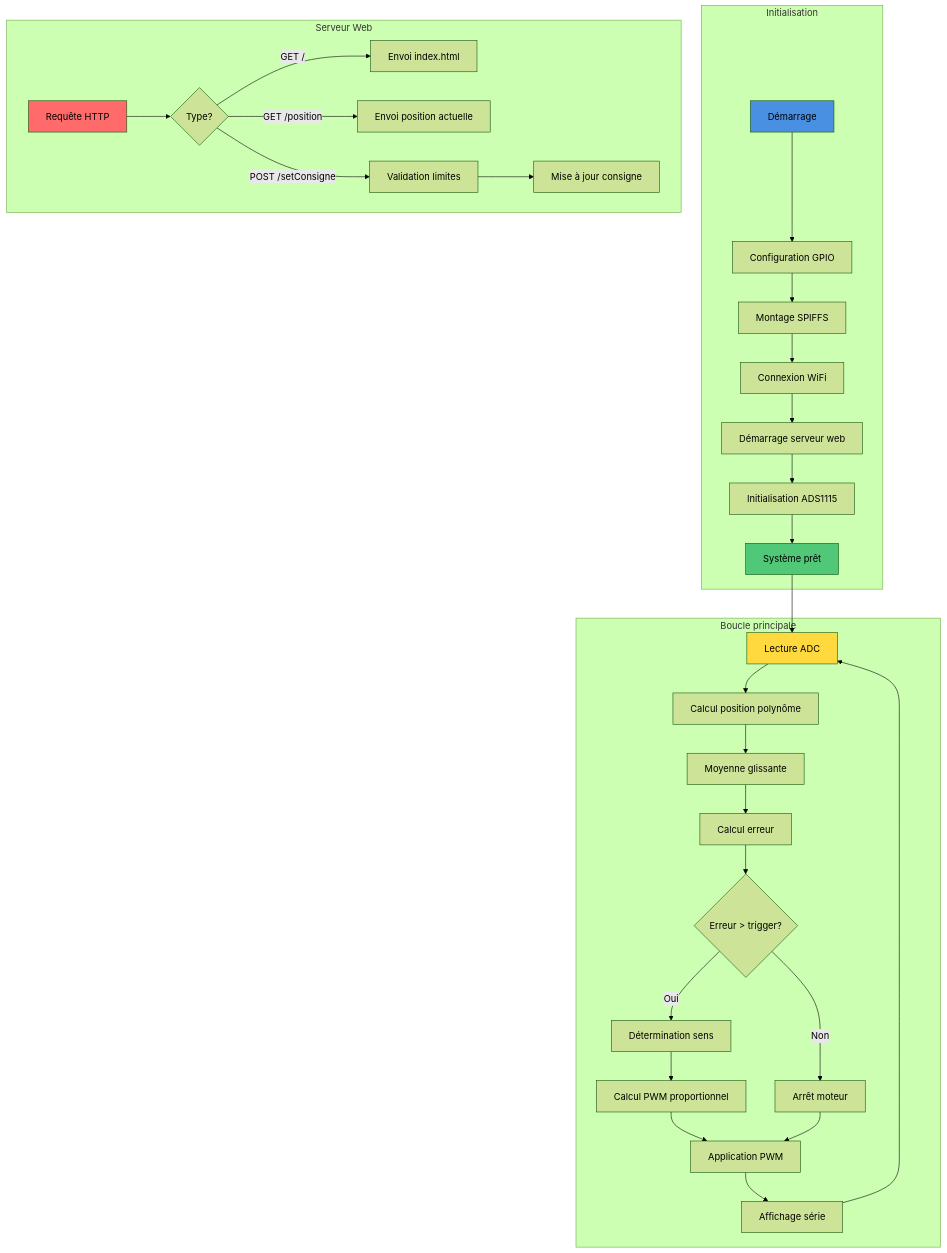
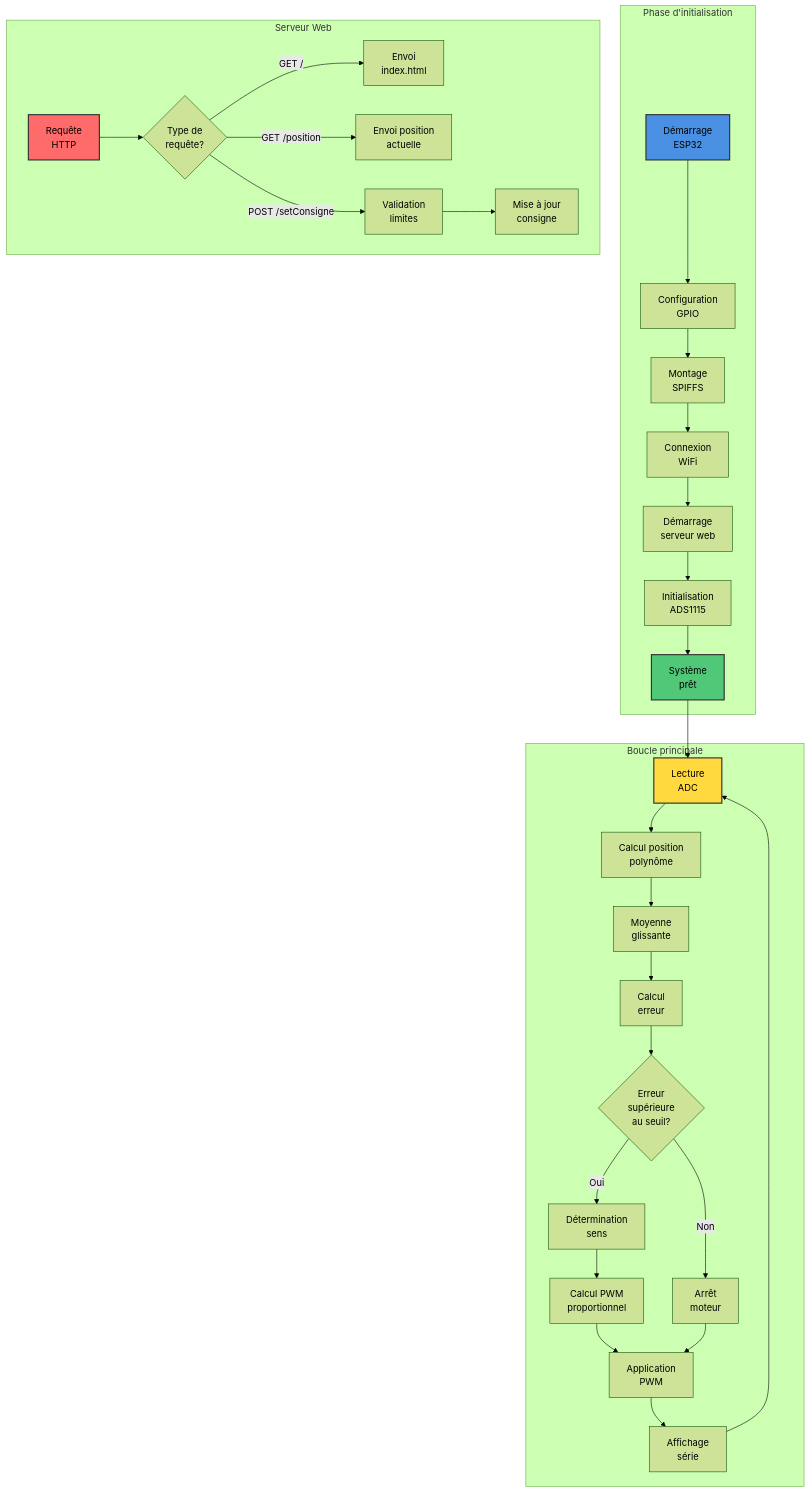
One commit to axel-g-dev/Projet-Verin-commande changed the second of 6 diagrams in README.md. Above: the diagram before and after it, drawn with Mermaid (forest theme). The commit also changed other lines of this file, not shown here.

Commit message:
Fix Mermaid diagrams: remove special characters and improve readability

````diff
--- a/README.md
+++ b/README.md
@@ -97,39 +97,39 @@
 ```mermaid
 graph TB
-    subgraph "Initialisation"
-        A[Démarrage] --> B[Configuration GPIO]
-        B --> C[Montage SPIFFS]
-        C --> D[Connexion WiFi]
-        D --> E[Démarrage serveur web]
-        E --> F[Initialisation ADS1115]
-        F --> G[Système prêt]
+    subgraph Init["Phase d'initialisation"]
+        A["Démarrage<br/>ESP32"] --> B["Configuration<br/>GPIO"]
+        B --> C["Montage<br/>SPIFFS"]
+        C --> D["Connexion<br/>WiFi"]
+        D --> E["Démarrage<br/>serveur web"]
+        E --> F["Initialisation<br/>ADS1115"]
+        F --> G["Système<br/>prêt"]
     end
     
-    subgraph "Boucle principale"
-        G --> H[Lecture ADC]
-        H --> I[Calcul position polynôme]
-        I --> J[Moyenne glissante]
-        J --> K[Calcul erreur]
-        K --> L{Erreur > trigger?}
-        L -->|Oui| M[Détermination sens]
-        L -->|Non| N[Arrêt moteur]
-        M --> O[Calcul PWM proportionnel]
-        O --> P[Application PWM]
+    subgraph Loop["Boucle principale"]
+        G --> H["Lecture<br/>ADC"]
+        H --> I["Calcul position<br/>polynôme"]
+        I --> J["Moyenne<br/>glissante"]
+        J --> K["Calcul<br/>erreur"]
+        K --> L{"Erreur<br/>supérieure<br/>au seuil?"}
+        L -->|"Oui"| M["Détermination<br/>sens"]
+        L -->|"Non"| N["Arrêt<br/>moteur"]
+        M --> O["Calcul PWM<br/>proportionnel"]
+        O --> P["Application<br/>PWM"]
         N --> P
-        P --> Q[Affichage série]
+        P --> Q["Affichage<br/>série"]
         Q --> H
     end
     
-    subgraph "Serveur Web"
-        R[Requête HTTP] --> S{Type?}
-        S -->|GET /| T[Envoi index.html]
-        S -->|GET /position| U[Envoi position actuelle]
-        S -->|POST /setConsigne| V[Validation limites]
-        V --> W[Mise à jour consigne]
+    subgraph WebServer["Serveur Web"]
+        R["Requête<br/>HTTP"] --> S{"Type de<br/>requête?"}
+        S -->|"GET /"| T["Envoi<br/>index.html"]
+        S -->|"GET /position"| U["Envoi position<br/>actuelle"]
+        S -->|"POST /setConsigne"| V["Validation<br/>limites"]
+        V --> W["Mise à jour<br/>consigne"]
     end
     
-    style A fill:#4a90e2
-    style G fill:#50c878
-    style H fill:#ffd93d
-    style R fill:#ff6b6b
+    style A fill:#4a90e2,stroke:#333,stroke-width:2px
+    style G fill:#50c878,stroke:#333,stroke-width:2px
+    style H fill:#ffd93d,stroke:#333,stroke-width:2px
+    style R fill:#ff6b6b,stroke:#333,stroke-width:2px
 ```
````
